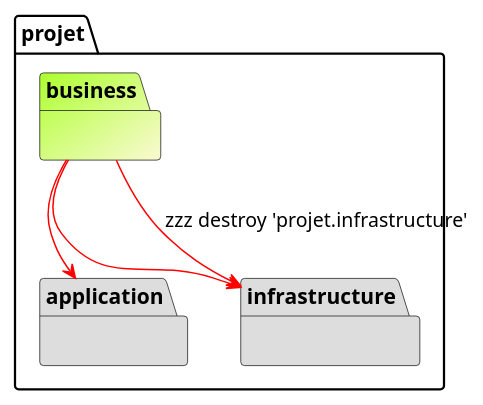
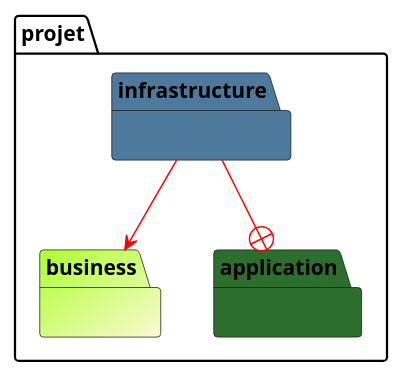
Before and after one commit to stef38-code/structureProjet: the second of 3 diagrams in readme.md, drawn with PlantUML. The commit also changed other lines of this file, not shown here.

````diff
--- a/readme.md
+++ b/readme.md
@@ -44,20 +79,16 @@
 ```plantuml
-
 @startuml
 '
 package projet.business #GreenYellow/LightGoldenRodYellow {
 
 }
-package projet.application #DDDDDD {
+package projet.application #2C6E2E {
 
 }
-package projet.infrastructure #DDDDDD {
+package projet.infrastructure #4C799C {
 
 }
-projet.business -[#red]-> projet.application  
-projet.business -[#red]-> projet.infrastructure  
-projet.business -[#red]-> projet.infrastructure : zzz destroy 'projet.infrastructure'  
-
+projet.infrastructure -[#red]-+ projet.application  
+projet.infrastructure -[#red]-> projet.business  
 @enduml
-
 ```
````
